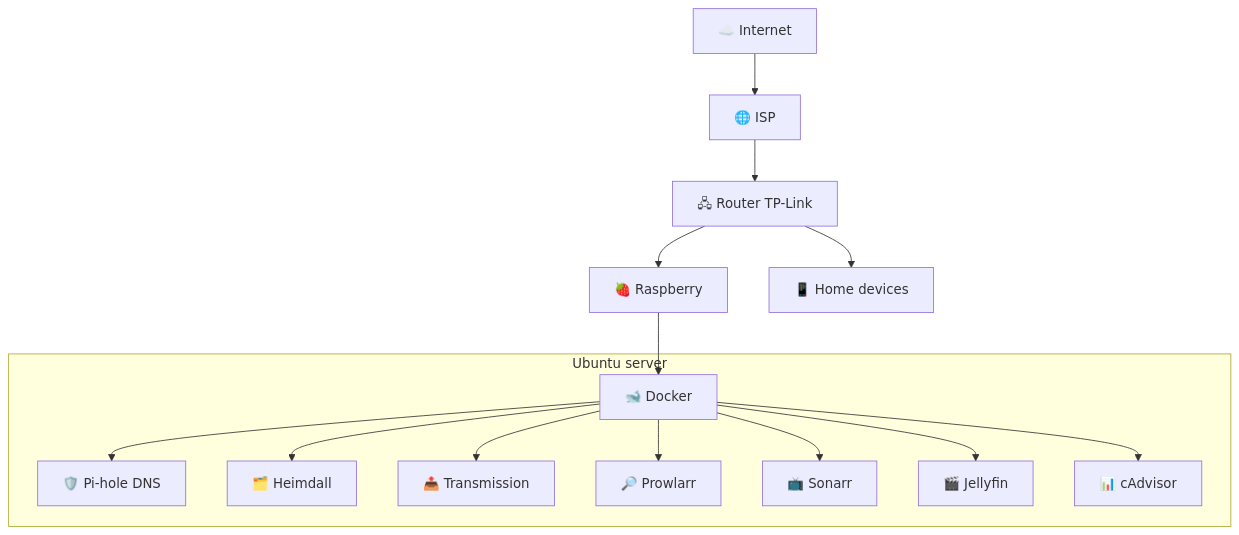
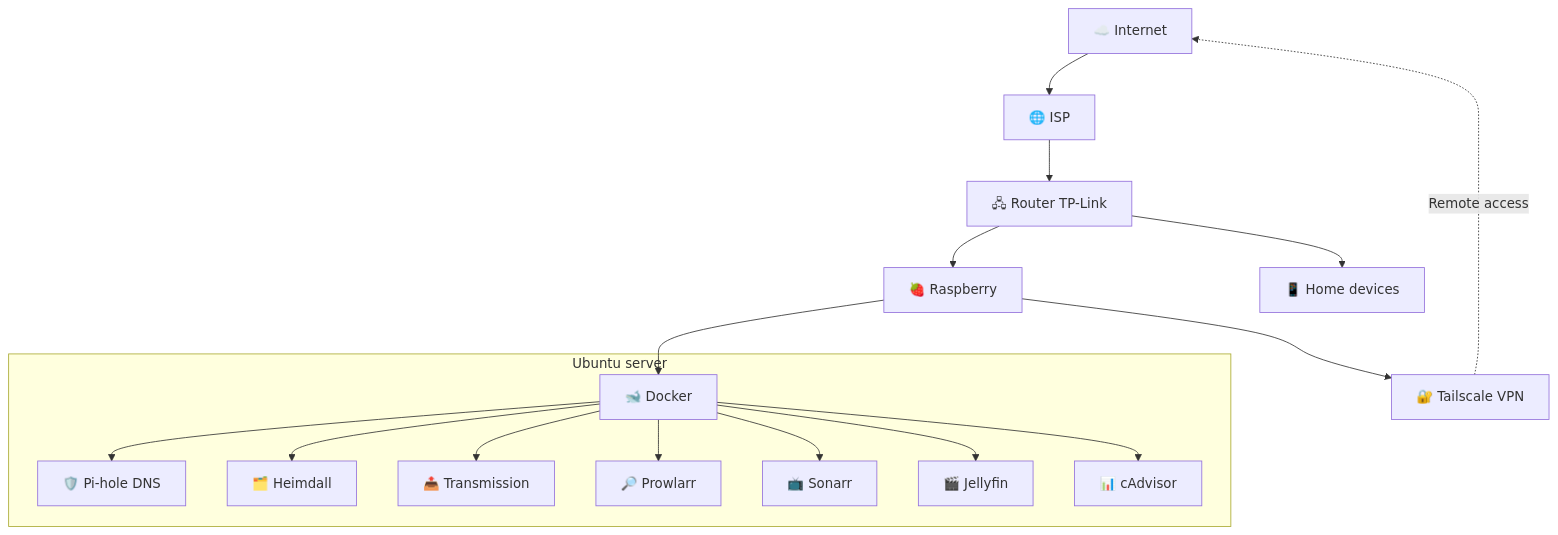
Before and after one commit to dcerbero/homelab: the diagram in README.md, drawn with Mermaid. The commit also changed other lines of this file and 2 other files, not shown here.

Commit message:
docs: update documentation with Tailscale integration
- Update architecture diagram to include Tailscale VPN
- Add Tailscale environment variables to setup guides
- Document new tailscale role in Ansible configuration
- Update CHANGELOG with Tailscale addition

````diff
--- a/README.md
+++ b/README.md
@@ -5,30 +5,33 @@
 ```mermaid
 graph TD
     Internet[☁️ Internet]
     RouterISP[🌐 ISP]
     TPLink[🖧 Router TP-Link]
     Pi[🍓  Raspberry]
     Devices[📱 Home devices]
+    Tailscale[🔐 Tailscale VPN]
     PiHole[🛡️  Pi-hole DNS]
     Heimdall[🗂️ Heimdall]
     Transmission[📤 Transmission]
     Prowlarr[🔎 Prowlarr]
     Sonarr[📺 Sonarr]
     Jellyfin[🎬 Jellyfin ]
     cAdvisor[📊 cAdvisor]
     Docker[🐋 Docker]
 
     Internet --> RouterISP --> TPLink
-    TPLink --> Pi 
+    TPLink --> Pi
     Pi --> Docker
+    Pi --> Tailscale
     subgraph Ubuntu server
     Docker --> cAdvisor
     Docker --> Heimdall
     Docker --> PiHole
     Docker --> Transmission
     Docker --> Prowlarr
     Docker --> Sonarr
     Docker --> Jellyfin
     end
     TPLink --> Devices
+    Tailscale -.->|Remote access| Internet
 ```
````
